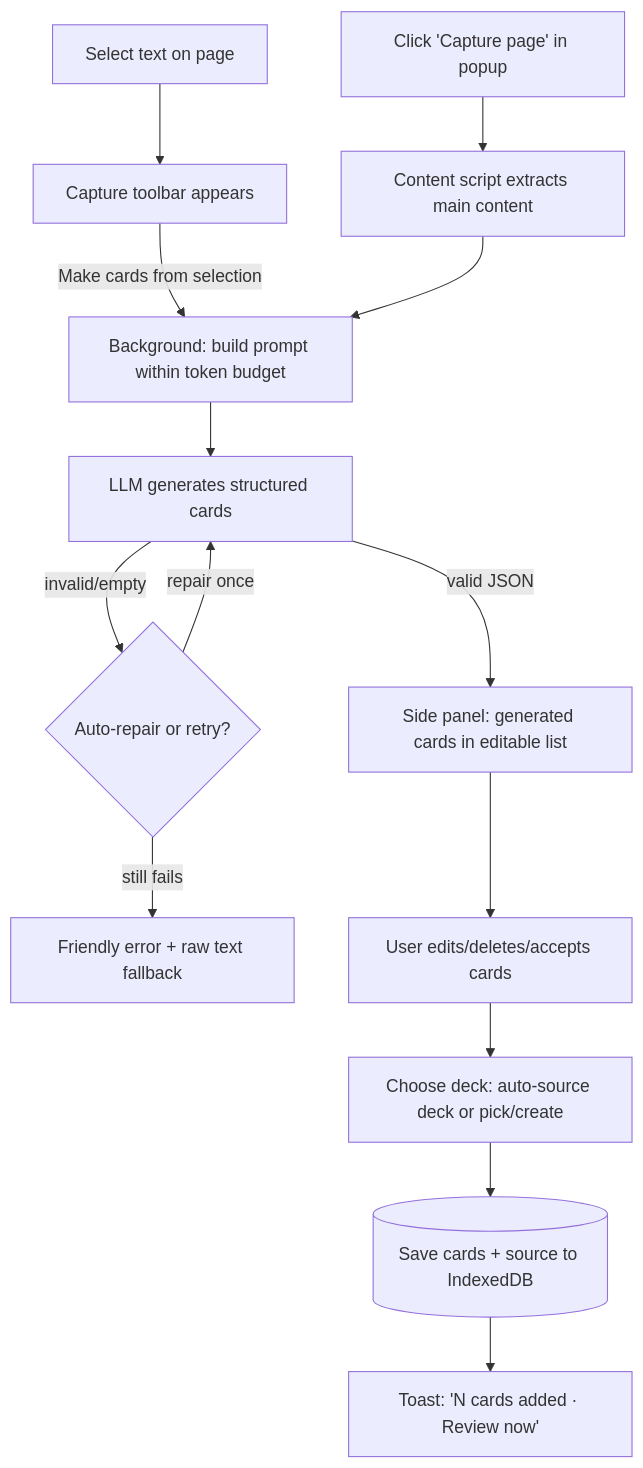
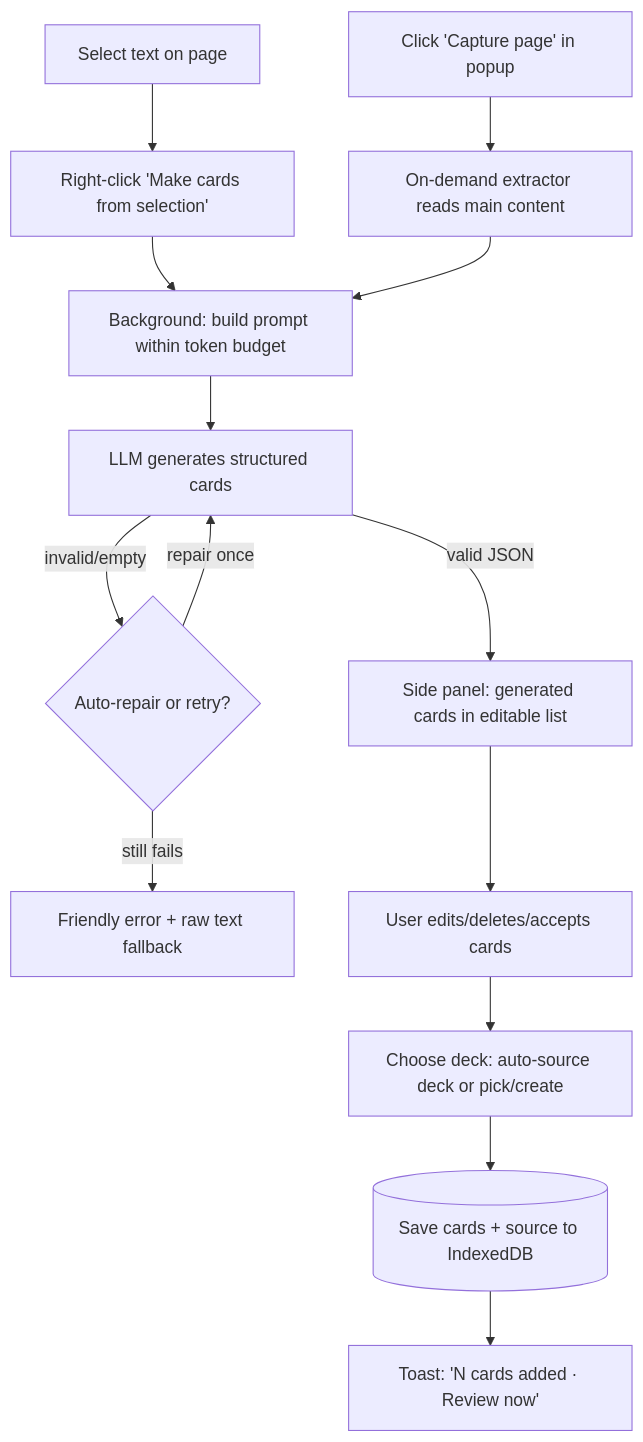
The fourth of 6 diagrams in docs/02-App-Flow.md (kalebrodriguez/cramb-extension), drawn with Mermaid before and after one commit. The commit also changed other lines of this file and 21 other files, not shown here.

````diff
--- a/docs/02-App-Flow.md
+++ b/docs/02-App-Flow.md
@@ -109,16 +110,16 @@
 ```mermaid
 flowchart TD
-    E1[Select text on page] --> T[Capture toolbar appears]
-    E2[Click 'Capture page' in popup] --> X[Content script extracts main content]
-    T -->|Make cards from selection| G
+    E1[Select text on page] --> T[Right-click 'Make cards from selection']
+    E2[Click 'Capture page' in popup] --> X[On-demand extractor reads main content]
+    T --> G
     X --> G[Background: build prompt within token budget]
     G --> LLM[LLM generates structured cards]
     LLM -->|valid JSON| R[Side panel: generated cards in editable list]
     LLM -->|invalid/empty| Retry{Auto-repair or retry?}
     Retry -->|repair once| LLM
     Retry -->|still fails| Err[Friendly error + raw text fallback]
     R --> Edit[User edits/deletes/accepts cards]
     Edit --> Pick[Choose deck: auto-source deck or pick/create]
     Pick --> Persist[(Save cards + source to IndexedDB)]
     Persist --> Toast[Toast: 'N cards added · Review now']
 ```
````
